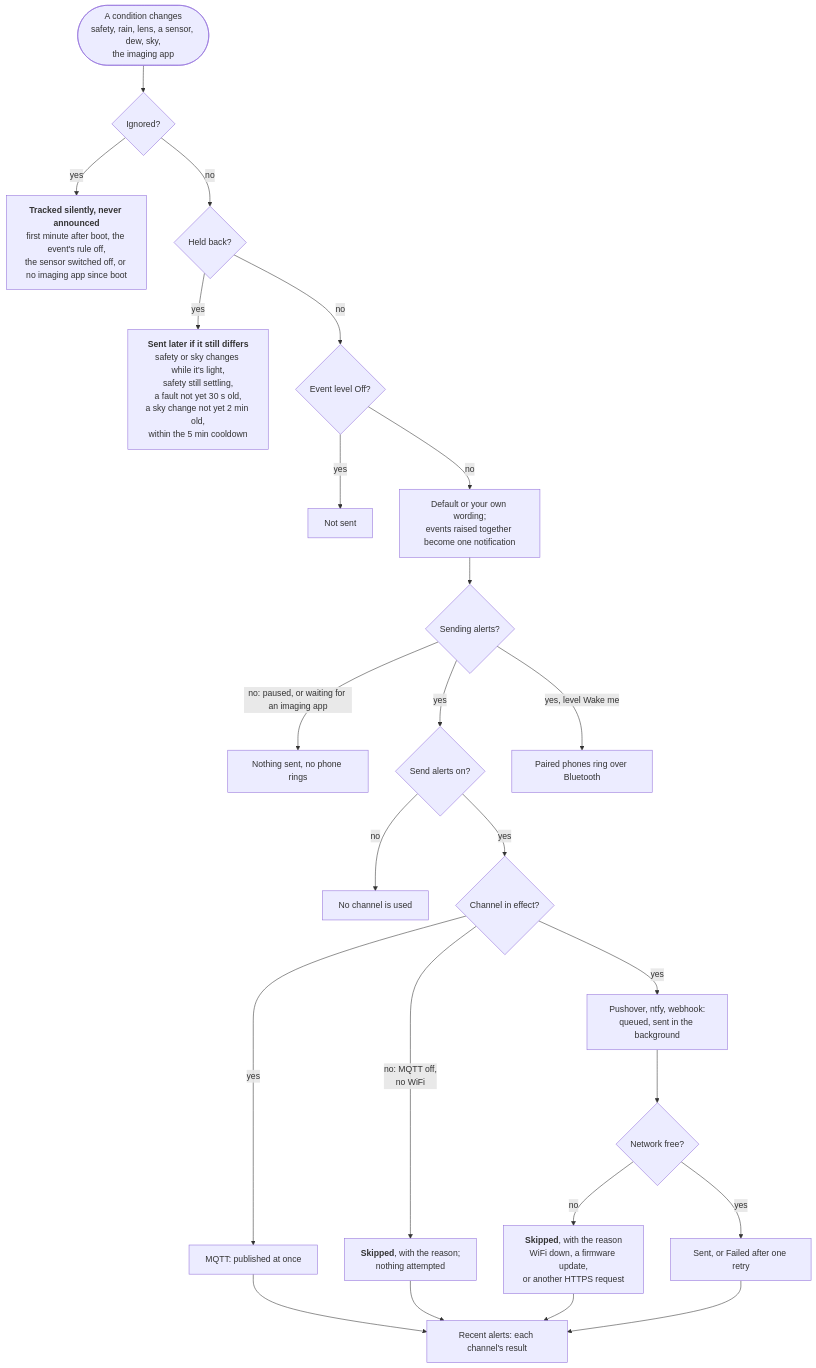
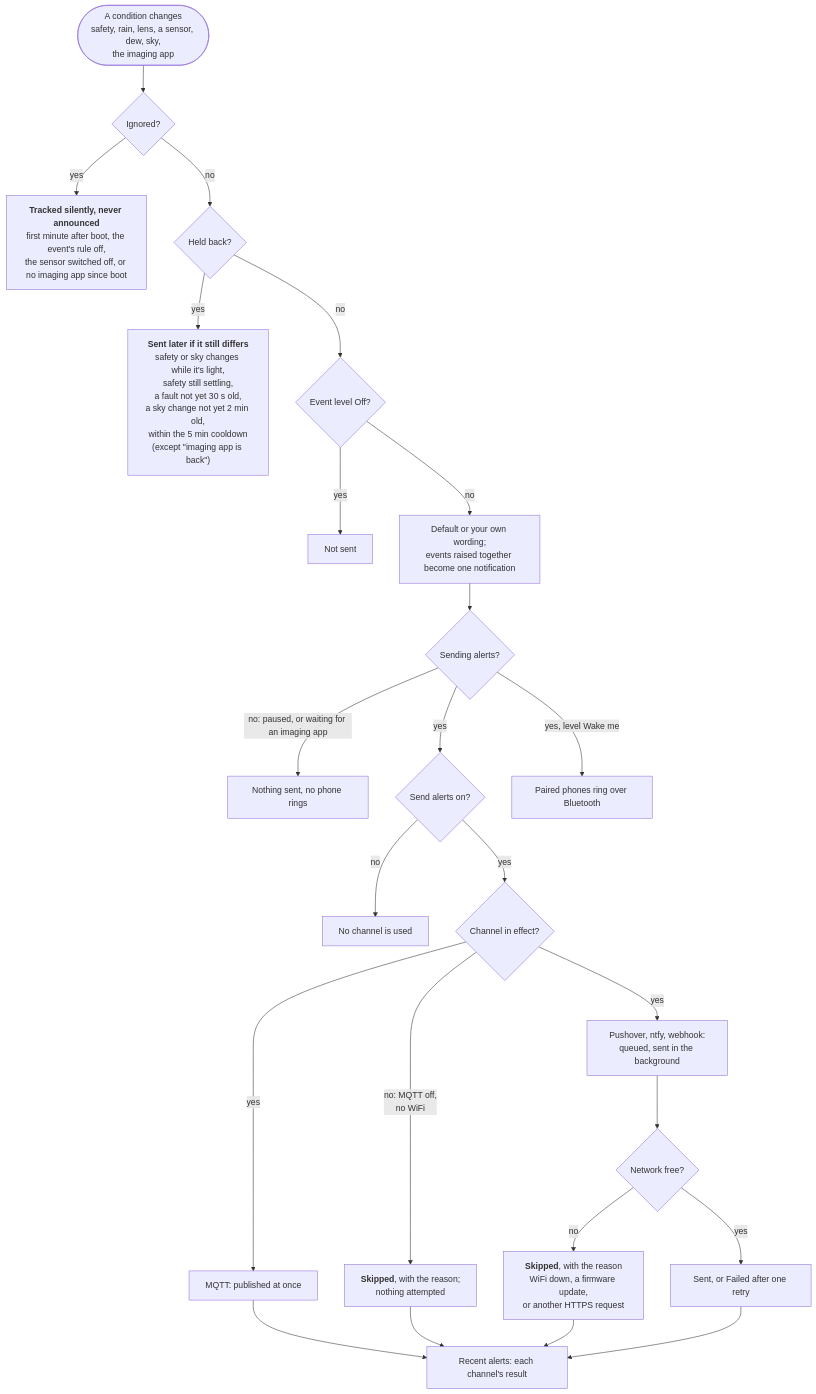
The diagram in docs/user-guide/alerts.md (DeanJ87/SQMeter), drawn with Mermaid before and after one commit. The commit also changed other lines of this file and 1 other file, not shown here.

Commit message:
docs(diagrams): 'imaging app is back' isn't held by the cooldown; re-confirm DIA-06/DIA-11

````diff
--- a/docs/user-guide/alerts.md
+++ b/docs/user-guide/alerts.md
@@ -14,28 +14,28 @@
 ```mermaid
 flowchart TB
     accTitle: Why an alert does or doesn't arrive
     accDescr: Each second the device compares every condition with what you were last told. A change can be tracked silently, held back for now, or dropped by its level; otherwise it is worded and, if alerts are on, sent to every enabled channel unless alerts are paused, with each channel's result recorded.
     CHANGE(["A condition changes<br/>safety, rain, lens, a sensor, dew, sky,<br/>the imaging app"]) --> SILENT{"Ignored?"}
     SILENT -->|yes| TRACKED["<b>Tracked silently, never announced</b><br/>first minute after boot, the event's rule off,<br/>the sensor switched off, or no imaging app since boot"]
     SILENT -->|no| HELD{"Held back?"}
-    HELD -->|yes| LATER["<b>Sent later if it still differs</b><br/>safety or sky changes while it's light,<br/>safety still settling,<br/>a fault not yet 30 s old,<br/>a sky change not yet 2 min old,<br/>within the 5 min cooldown"]
+    HELD -->|yes| LATER["<b>Sent later if it still differs</b><br/>safety or sky changes while it's light,<br/>safety still settling,<br/>a fault not yet 30 s old,<br/>a sky change not yet 2 min old,<br/>within the 5 min cooldown<br/>(except &quot;imaging app is back&quot;)"]
     HELD -->|no| LEVEL{"Event level Off?"}
     LEVEL -->|yes| DROPPED["Not sent"]
     LEVEL -->|no| WORDING["Default or your own wording;<br/>events raised together become one notification"]
     WORDING --> ON{"Sending alerts?"}
     ON -->|"no: paused, or waiting for an imaging app"| NOTHING["Nothing sent, no phone rings"]
     ON -->|yes| MASTER{"Send alerts on?"}
     ON -->|"yes, level Wake me"| BLE["Paired phones ring over Bluetooth"]
     MASTER -->|no| NOPUSH["No channel is used"]
     MASTER -->|yes| INEFFECT{"Channel in effect?"}
     INEFFECT -->|"no: MQTT off,<br/>no WiFi"| INACTIVE["<b>Skipped</b>, with the reason;<br/>nothing attempted"]
     INEFFECT -->|yes| MQTT["MQTT: published at once"]
     INEFFECT -->|yes| HTTP["Pushover, ntfy, webhook:<br/>queued, sent in the background"]
     HTTP --> CANSEND{"Network free?"}
     CANSEND -->|no| SKIPPED["<b>Skipped</b>, with the reason<br/>WiFi down, a firmware update,<br/>or another HTTPS request"]
     CANSEND -->|yes| SENT["Sent, or Failed after one retry"]
     MQTT --> RECENT["Recent alerts: each channel's result"]
     INACTIVE --> RECENT
     SKIPPED --> RECENT
     SENT --> RECENT
 ```
````
